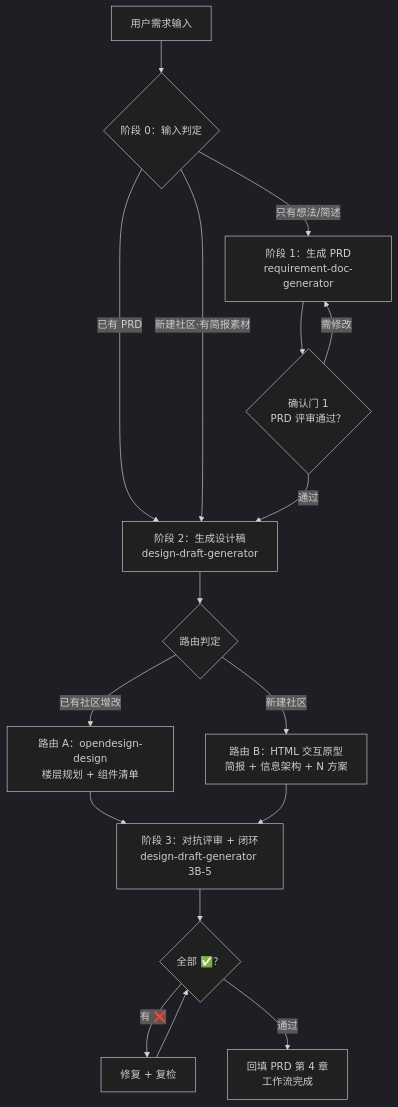
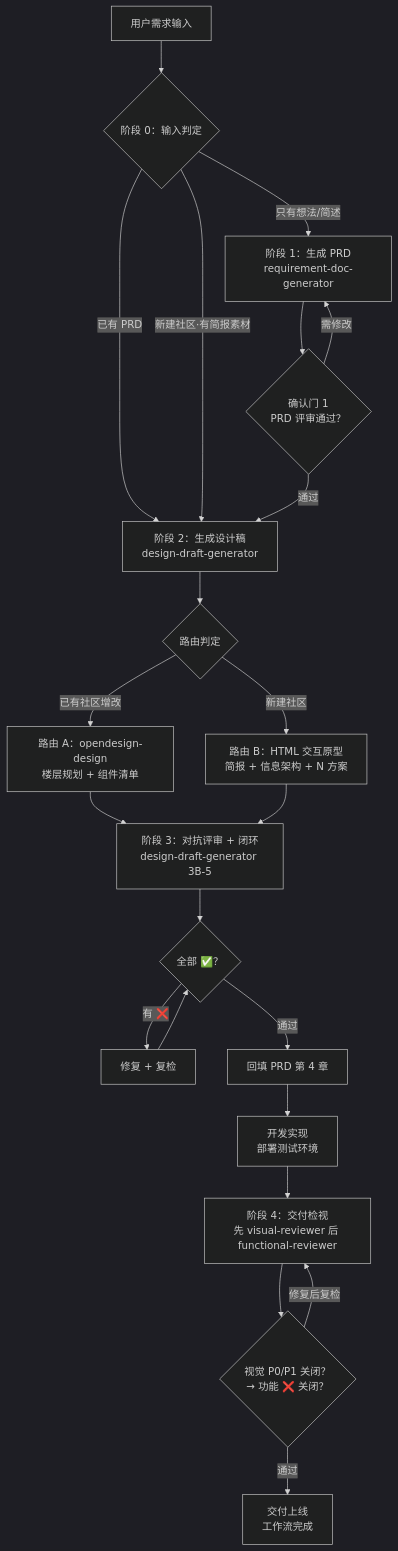
Before and after one commit to xialu-pro/design-workflow: the diagram in README.md, drawn with Mermaid (dark theme). The commit also changed other lines of this file and 2 other files, not shown here.

````diff
--- a/README.md
+++ b/README.md
@@ -7,25 +7,31 @@
 ```mermaid
 flowchart TD
     S[用户需求输入] --> E{阶段 0：输入判定}
     E -- 已有 PRD --> G2
     E -- 新建社区·有简报素材 --> G2
     E -- 只有想法/简述 --> G1
 
     G1[阶段 1：生成 PRD<br/>requirement-doc-generator]
     G1 --> D1{确认门 1<br/>PRD 评审通过？}
     D1 -- 需修改 --> G1
     D1 -- 通过 --> G2
 
     G2[阶段 2：生成设计稿<br/>design-draft-generator]
     G2 --> R{路由判定}
     R -- 已有社区增改 --> A[路由 A：opendesign-design<br/>楼层规划 + 组件清单]
     R -- 新建社区 --> B[路由 B：HTML 交互原型<br/>简报 + 信息架构 + N 方案]
     A --> G3
     B --> G3
 
     G3[阶段 3：对抗评审 + 闭环<br/>design-draft-generator 3B-5]
     G3 --> D2{全部 ✅？}
     D2 -- 有 ❌ --> F[修复 + 复检]
     F --> D2
-    D2 -- 通过 --> H[回填 PRD 第 4 章<br/>工作流完成]
+    D2 -- 通过 --> H[回填 PRD 第 4 章]
+
+    H --> DEV[开发实现<br/>部署测试环境]
+    DEV --> VR[阶段 4：交付检视<br/>先 visual-reviewer 后 functional-reviewer]
+    VR --> D3{视觉 P0/P1 关闭？<br/>→ 功能 ❌ 关闭？}
+    D3 -- 修复后复检 --> VR
+    D3 -- 通过 --> DONE[交付上线<br/>工作流完成]
 ```
````
